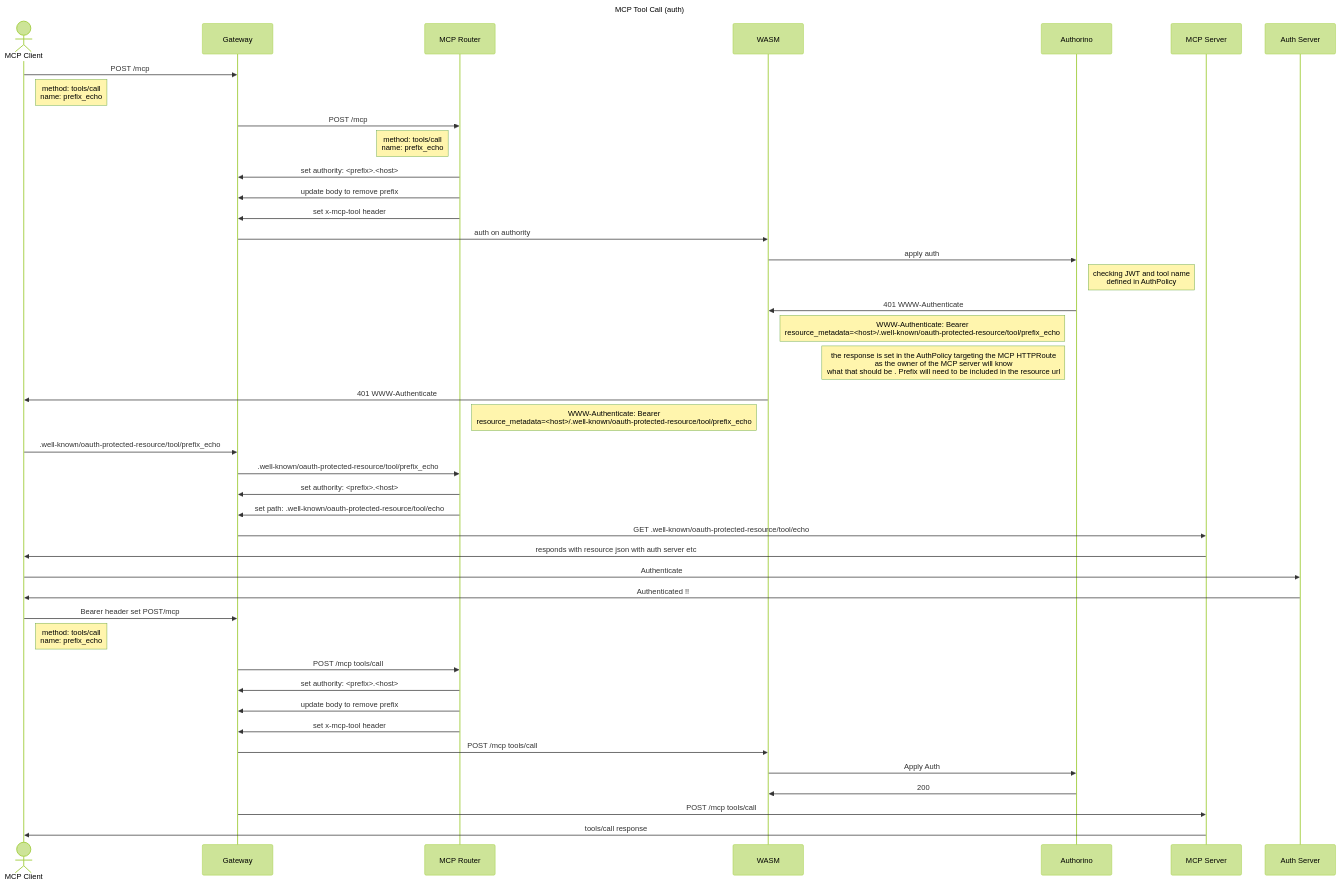
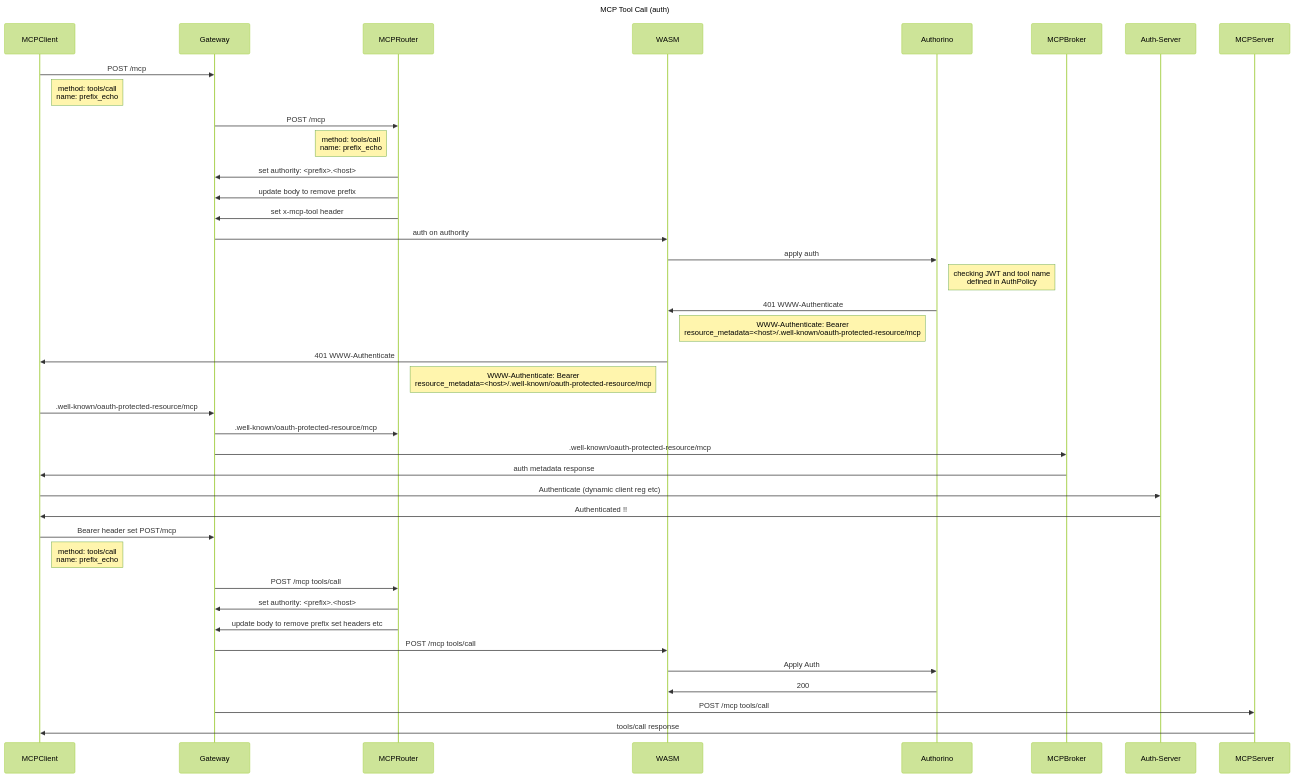
Before and after one commit to kagenti/mcp-gateway: the fifth of 5 diagrams in docs/design/flows.md, drawn with Mermaid (forest theme). The commit also changed other lines of this file and 9 other files, not shown here.

````diff
--- a/docs/design/flows.md
+++ b/docs/design/flows.md
@@ -103,39 +104,34 @@
 ```mermaid
 sequenceDiagram
         title MCP Tool Call (auth)
-        actor MCP Client
-        MCP Client->>Gateway: POST /mcp 
-        note right of MCP Client: method: tools/call <br/> name: prefix_echo
-        Gateway->>MCP Router: POST /mcp
-        note left of MCP Router: method: tools/call <br/> name: prefix_echo
-        MCP Router->>Gateway: set authority: <prefix>.<host>
-        MCP Router->>Gateway: update body to remove prefix 
-        MCP Router->>Gateway: set x-mcp-tool header 
+        MCPClient->>Gateway: POST /mcp 
+        note right of MCPClient: method: tools/call <br/> name: prefix_echo
+        Gateway->>MCPRouter: POST /mcp
+        note left of MCPRouter: method: tools/call <br/> name: prefix_echo
+        MCPRouter->>Gateway: set authority: <prefix>.<host>
+        MCPRouter->>Gateway: update body to remove prefix 
+        MCPRouter->>Gateway: set x-mcp-tool header 
         Gateway->>WASM: auth on authority
         WASM->>Authorino: apply auth 
         note right of Authorino: checking JWT and tool name <br/> defined in AuthPolicy
         Authorino->>WASM: 401 WWW-Authenticate 
-        note left of Authorino: WWW-Authenticate: Bearer <br/> resource_metadata=<host>/.well-known/oauth-protected-resource/tool/prefix_echo
-        note left of Authorino: the response is set in the  AuthPolicy targeting the MCP HTTPRoute <br/> as the owner of the MCP server will know <br/> what that should be . Prefix will need to be included in the resource url
-        WASM->>MCP Client: 401 WWW-Authenticate 
-        note left of WASM: WWW-Authenticate: Bearer <br/> resource_metadata=<host>/.well-known/oauth-protected-resource/tool/prefix_echo
-        MCP Client->>Gateway: .well-known/oauth-protected-resource/tool/prefix_echo
-        Gateway->>MCP Router: .well-known/oauth-protected-resource/tool/prefix_echo
-        MCP Router->>Gateway: set authority: <prefix>.<host>
-        MCP Router->>Gateway: set path: .well-known/oauth-protected-resource/tool/echo
-        Gateway->>MCP Server: GET .well-known/oauth-protected-resource/tool/echo
-        MCP Server->>MCP Client: responds with resource json with auth server etc
-        MCP Client->>Auth Server: Authenticate 
-        Auth Server->>MCP Client: Authenticated !!
-        MCP Client->>Gateway: Bearer header set POST/mcp
-        note right of MCP Client: method: tools/call <br/> name: prefix_echo
-        Gateway->>MCP Router: POST /mcp tools/call
-        MCP Router->>Gateway: set authority: <prefix>.<host>
-        MCP Router->>Gateway: update body to remove prefix 
-        MCP Router->>Gateway: set x-mcp-tool header 
+        note left of Authorino: WWW-Authenticate: Bearer <br/> resource_metadata=<host>/.well-known/oauth-protected-resource/mcp
+        WASM->>MCPClient: 401 WWW-Authenticate 
+        note left of WASM: WWW-Authenticate: Bearer <br/> resource_metadata=<host>/.well-known/oauth-protected-resource/mcp
+        MCPClient->>Gateway: .well-known/oauth-protected-resource/mcp
+        Gateway->>MCPRouter: .well-known/oauth-protected-resource/mcp
+        Gateway->>MCPBroker: .well-known/oauth-protected-resource/mcp
+        MCPBroker->>MCPClient: auth metadata response
+        MCPClient->>Auth-Server: Authenticate (dynamic client reg etc) 
+        Auth-Server->>MCPClient: Authenticated !!
+        MCPClient->>Gateway: Bearer header set POST/mcp
+        note right of MCPClient: method: tools/call <br/> name: prefix_echo
+        Gateway->>MCPRouter: POST /mcp tools/call
+        MCPRouter->>Gateway: set authority: <prefix>.<host>
+        MCPRouter->>Gateway: update body to remove prefix set headers etc
         Gateway->>WASM: POST /mcp tools/call
         WASM->>Authorino: Apply Auth
         Authorino->>WASM: 200
-        Gateway->>MCP Server: POST /mcp tools/call
-        MCP Server->>MCP Client: tools/call response
+        Gateway->>MCPServer: POST /mcp tools/call
+        MCPServer->>MCPClient: tools/call response
 ```        
````
